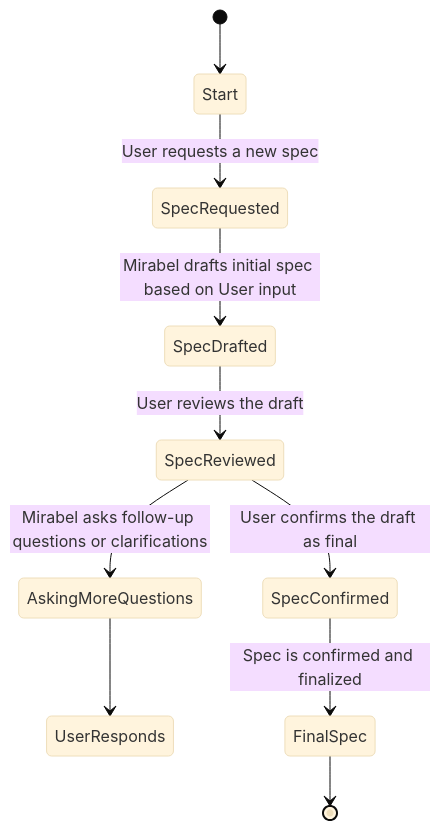
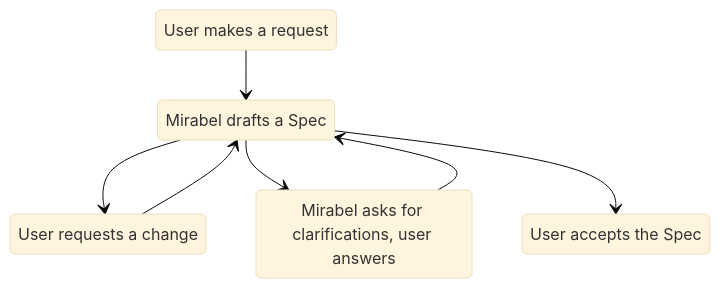
Before and after one commit to norpie/mirabel: the first of 2 diagrams in README.md, drawn with Mermaid (base theme).

Commit message:
docs: finish spec diagram

````diff
--- a/README.md
+++ b/README.md
@@ -69,12 +69,17 @@
 ```mermaid
 stateDiagram-v2
-    [*] --> Start
-    Start --> SpecRequested: User requests a new spec
-    SpecRequested --> SpecDrafted: Mirabel drafts initial spec based on User input
-    SpecDrafted --> SpecReviewed: User reviews the draft
-    SpecReviewed --> AskingMoreQuestions: Mirabel asks follow-up questions or clarifications
-    SpecReviewed --> SpecConfirmed: User confirms the draft as final
-    AskingMoreQuestions --> UserResponds
-    SpecConfirmed --> FinalSpec: Spec is confirmed and finalized
-    FinalSpec --> [*]
+    Start: User makes a request
+    SpecDrafted: Mirabel drafts a Spec
+    SpecReviewed: User requests a change
+    AskingQuestions: Mirabel asks for clarifications, user answers
+    End: User accepts the Spec
+
+    Start --> SpecDrafted
+
+    SpecDrafted --> SpecReviewed
+    SpecDrafted --> AskingQuestions
+    SpecReviewed --> SpecDrafted
+    AskingQuestions --> SpecDrafted
+
+    SpecDrafted --> End
 ```
````
